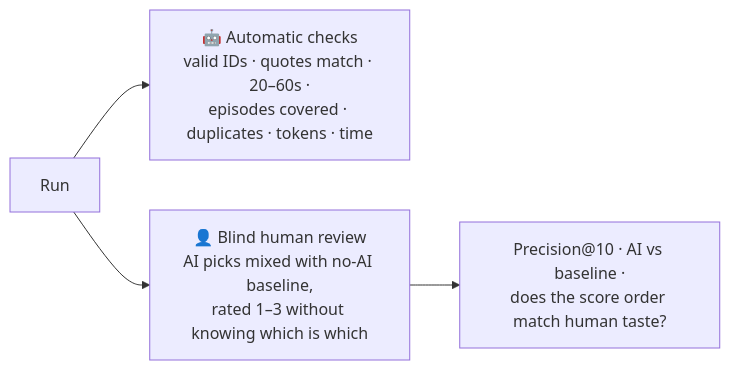
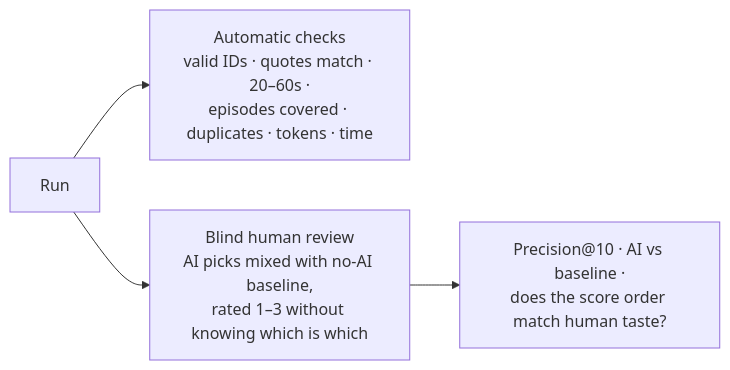
Before and after one commit to Arnavdsp/kuku-promo-finder: the third of 5 diagrams in README.md, drawn with Mermaid. The commit also changed other lines of this file and 1 other file, not shown here.

````diff
--- a/README.md
+++ b/README.md
@@ -84,6 +84,6 @@
 ```mermaid
 flowchart LR
-    R["Run"] --> A["🤖 Automatic checks<br/>valid IDs · quotes match · 20–60s ·<br/>episodes covered · duplicates · tokens · time"]
-    R --> H["👤 Blind human review<br/>AI picks mixed with no-AI baseline,<br/>rated 1–3 without knowing which is which"]
+    R["Run"] --> A["Automatic checks<br/>valid IDs · quotes match · 20–60s ·<br/>episodes covered · duplicates · tokens · time"]
+    R --> H["Blind human review<br/>AI picks mixed with no-AI baseline,<br/>rated 1–3 without knowing which is which"]
     H --> M["Precision@10 · AI vs baseline ·<br/>does the score order match human taste?"]
 ```
````
